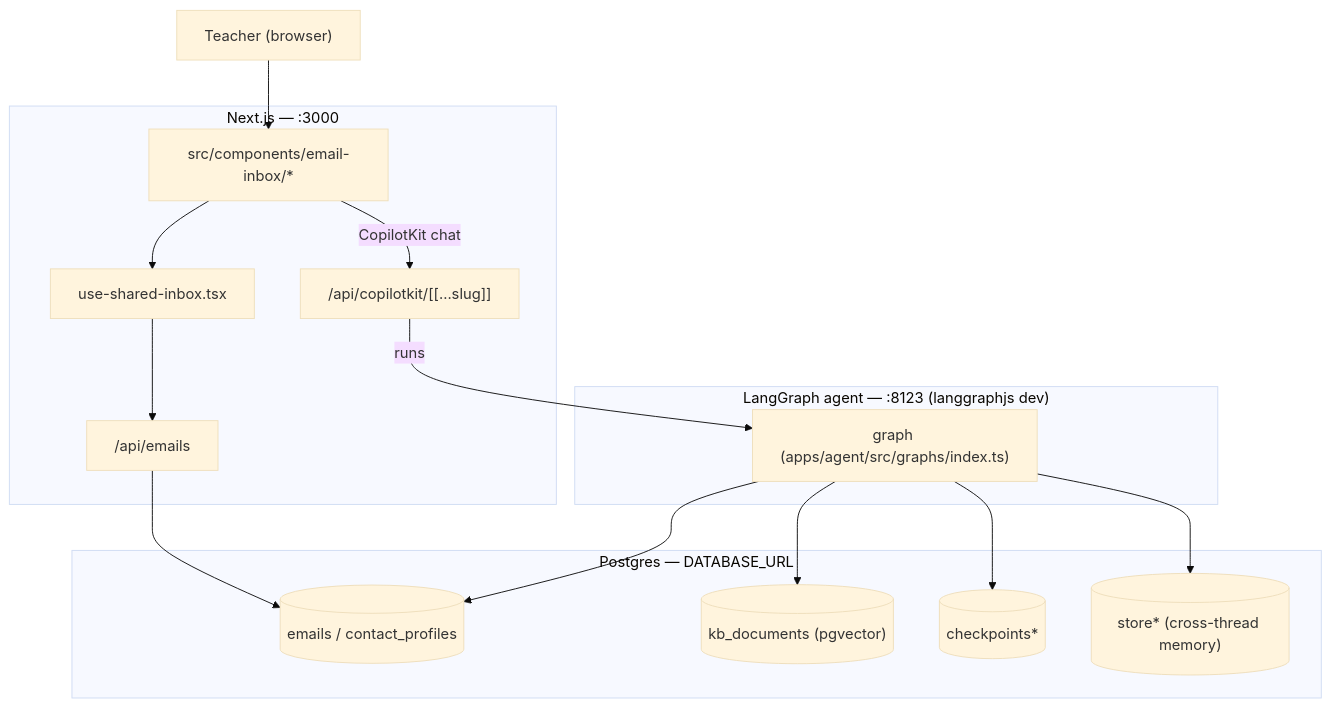
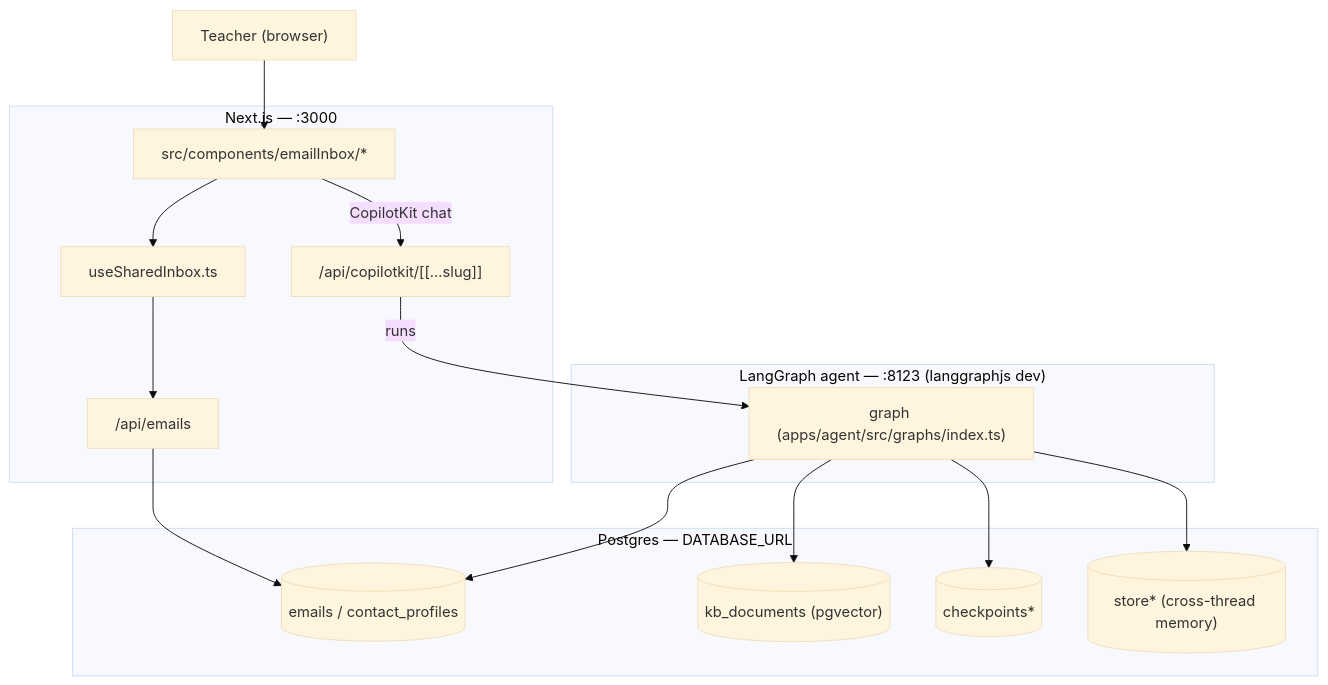
One commit to myle-agilityio/langchain-training changed the first of 5 diagrams in practice-new-version/docs/ARCHITECTURE.md. Above: the diagram before and after it, drawn with Mermaid (base theme). The commit also changed other lines of this file and 46 other files, not shown here.

````diff
--- a/practice-new-version/docs/ARCHITECTURE.md
+++ b/practice-new-version/docs/ARCHITECTURE.md
@@ -8,34 +8,34 @@
 ```mermaid
 graph TD
     User["Teacher (browser)"]
 
     subgraph Frontend["Next.js — :3000"]
-        UI["src/components/email-inbox/*"]
-        Hook["use-shared-inbox.tsx"]
+        UI["src/components/emailInbox/*"]
+        Hook["useSharedInbox.ts"]
         EmailsAPI["/api/emails"]
         CopilotRoute["/api/copilotkit/[[...slug]]"]
     end
 
     subgraph AgentServer["LangGraph agent — :8123 (langgraphjs dev)"]
         Graph["graph (apps/agent/src/graphs/index.ts)"]
     end
 
     subgraph Postgres["Postgres — DATABASE_URL"]
         EmailsTbl[("emails / contact_profiles")]
         KB[("kb_documents (pgvector)")]
         Checkpoints[("checkpoints*")]
         Store[("store* (cross-thread memory)")]
     end
 
     User --> UI
     UI --> Hook
     Hook --> EmailsAPI
     EmailsAPI --> EmailsTbl
     UI -- "CopilotKit chat" --> CopilotRoute
     CopilotRoute -- "runs" --> Graph
 
     Graph --> EmailsTbl
     Graph --> KB
     Graph --> Checkpoints
     Graph --> Store
 ```
````
